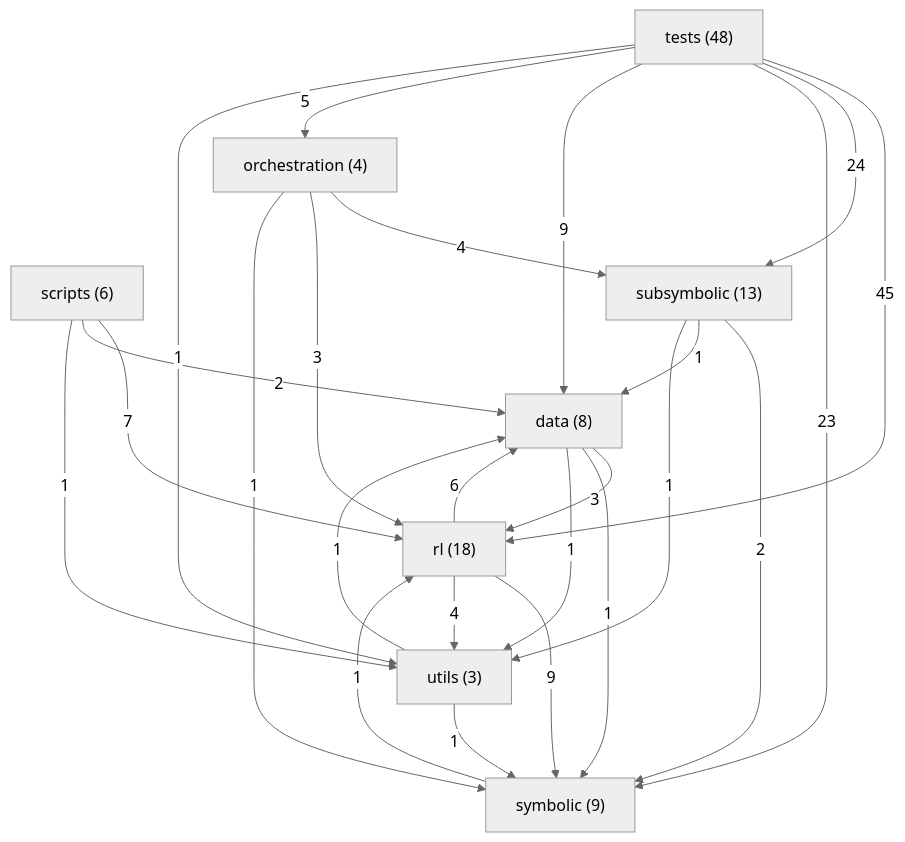
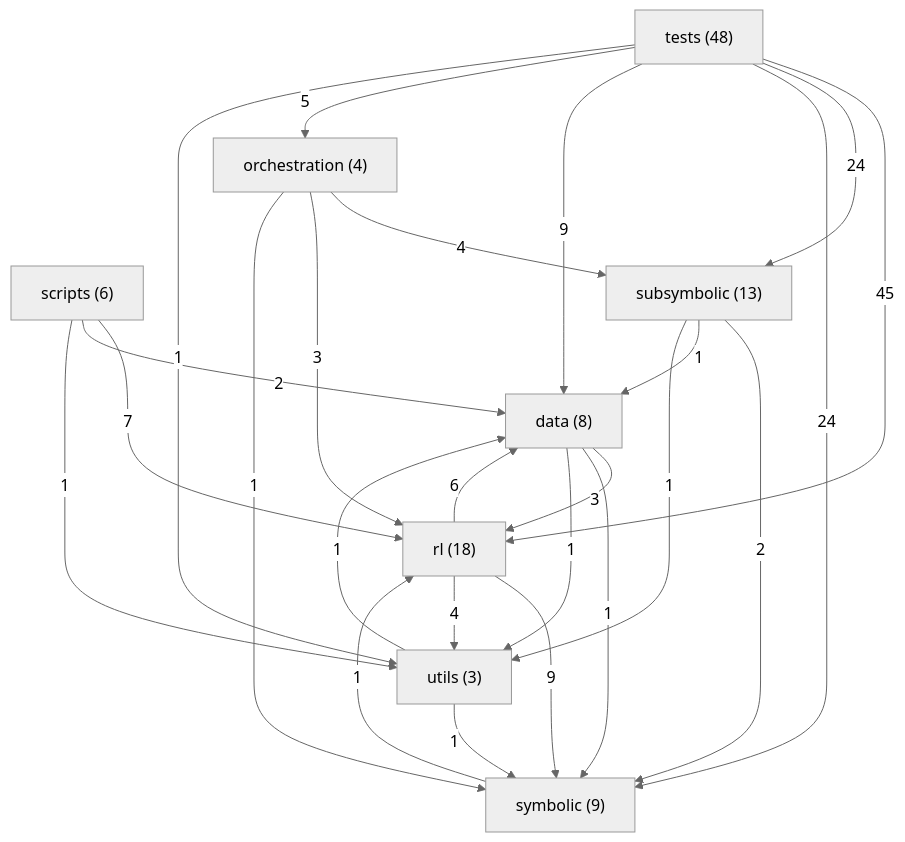
One commit to danrd/ARC-AGI changed the diagram in ARCHITECTURE.md. Above: the diagram before and after it, drawn with Mermaid (neutral theme). The commit also changed other lines of this file and 4 other files, not shown here.

````diff
--- a/ARCHITECTURE.md
+++ b/ARCHITECTURE.md
@@ -127,35 +127,35 @@
 ```mermaid
 graph TD
   data["data (8)"]
   orchestration["orchestration (4)"]
   rl["rl (18)"]
   scripts["scripts (6)"]
   subsymbolic["subsymbolic (13)"]
   symbolic["symbolic (9)"]
   tests["tests (48)"]
   utils["utils (3)"]
   tests -->|45| rl
   tests -->|24| subsymbolic
-  tests -->|23| symbolic
+  tests -->|24| symbolic
   rl -->|9| symbolic
   tests -->|9| data
   scripts -->|7| rl
   rl -->|6| data
   tests -->|5| orchestration
   orchestration -->|4| subsymbolic
   rl -->|4| utils
   data -->|3| rl
   orchestration -->|3| rl
   scripts -->|2| data
   subsymbolic -->|2| symbolic
   data -->|1| symbolic
   data -->|1| utils
   orchestration -->|1| symbolic
   scripts -->|1| utils
   subsymbolic -->|1| data
   subsymbolic -->|1| utils
   symbolic -->|1| rl
   tests -->|1| utils
   utils -->|1| data
   utils -->|1| symbolic
 ```
````
